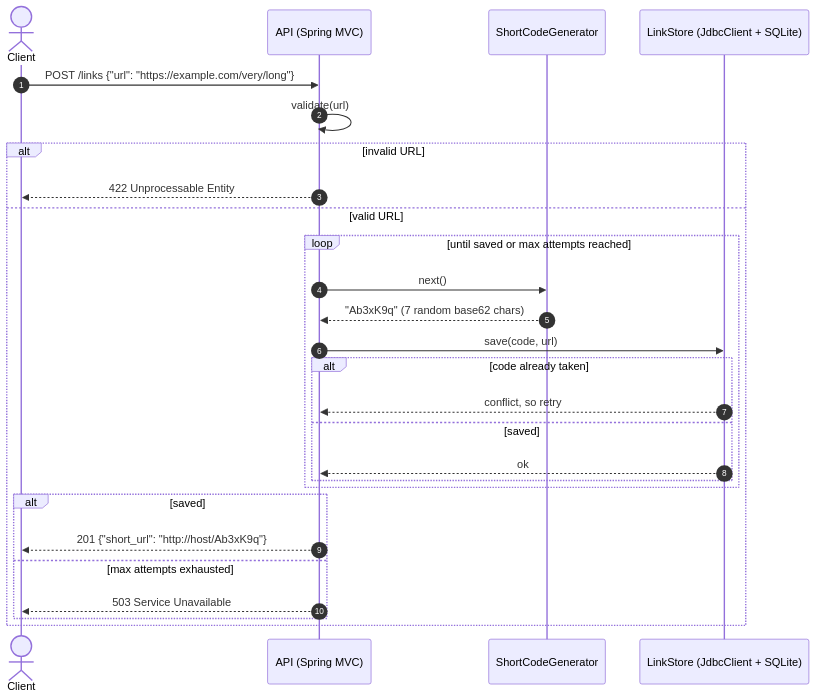
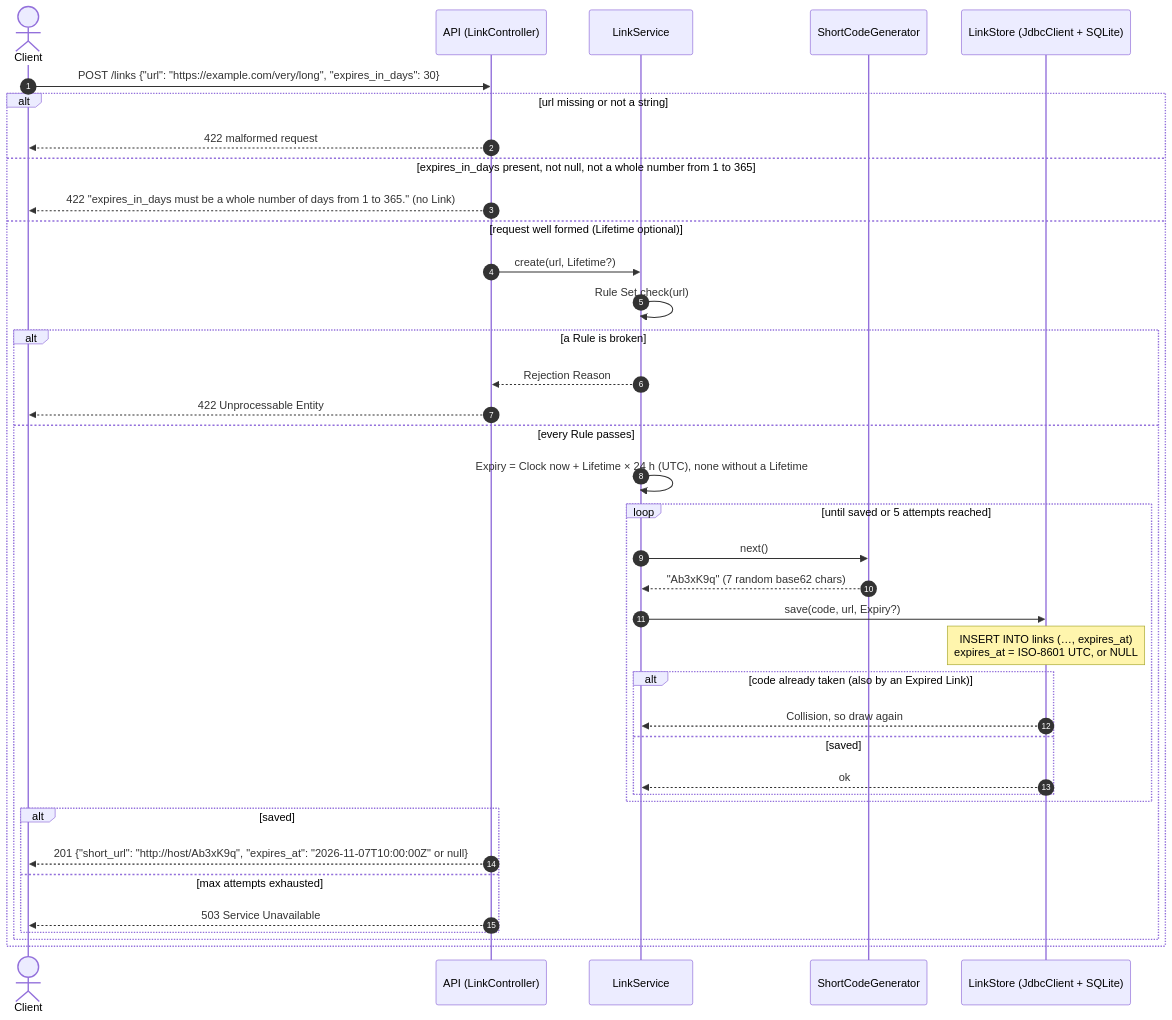
The second of 6 diagrams in docs/architecture.md (SanjuktaDavuluri/simple-url-shortener), drawn with Mermaid before and after one commit. The commit also changed other lines of this file and 4 other files, not shown here.

Commit message:
docs: Docs: document Expiring Links across architecture, onboarding, README, roadmap and the spec index (#102)

````diff
--- a/docs/architecture.md
+++ b/docs/architecture.md
@@ -37,30 +39,41 @@
 ```mermaid
 sequenceDiagram
     autonumber
     actor Client
-    participant API as API (Spring MVC)
+    participant API as API (LinkController)
+    participant Svc as LinkService
     participant Gen as ShortCodeGenerator
     participant Store as LinkStore (JdbcClient + SQLite)
 
-    Client->>API: POST /links {"url": "https://example.com/very/long"}
-    API->>API: validate(url)
-    alt invalid URL
-        API-->>Client: 422 Unprocessable Entity
-    else valid URL
-        loop until saved or max attempts reached
-            API->>Gen: next()
-            Gen-->>API: "Ab3xK9q" (7 random base62 chars)
-            API->>Store: save(code, url)
-            alt code already taken
-                Store-->>API: conflict, so retry
-            else saved
-                Store-->>API: ok
+    Client->>API: POST /links {"url": "https://example.com/very/long", "expires_in_days": 30}
+    alt url missing or not a string
+        API-->>Client: 422 malformed request
+    else expires_in_days present, not null, not a whole number from 1 to 365
+        API-->>Client: 422 "expires_in_days must be a whole number of days from 1 to 365." (no Link)
+    else request well formed (Lifetime optional)
+        API->>Svc: create(url, Lifetime?)
+        Svc->>Svc: Rule Set check(url)
+        alt a Rule is broken
+            Svc-->>API: Rejection Reason
+            API-->>Client: 422 Unprocessable Entity
+        else every Rule passes
+            Svc->>Svc: Expiry = Clock now + Lifetime × 24 h (UTC), none without a Lifetime
+            loop until saved or 5 attempts reached
+                Svc->>Gen: next()
+                Gen-->>Svc: "Ab3xK9q" (7 random base62 chars)
+                Svc->>Store: save(code, url, Expiry?)
+                Note over Store: INSERT INTO links (…, expires_at)<br/>expires_at = ISO-8601 UTC, or NULL
+                alt code already taken (also by an Expired Link)
+                    Store-->>Svc: Collision, so draw again
+                else saved
+                    Store-->>Svc: ok
+                end
             end
-        end
-        alt saved
-            API-->>Client: 201 {"short_url": "http://host/Ab3xK9q"}
-        else max attempts exhausted
-            API-->>Client: 503 Service Unavailable
+            alt saved
+                API-->>Client: 201 {"short_url": "http://host/Ab3xK9q", "expires_at": "2026-11-07T10:00:00Z" or null}
+            else max attempts exhausted
+                API-->>Client: 503 Service Unavailable
+            end
         end
     end
 ```
````
